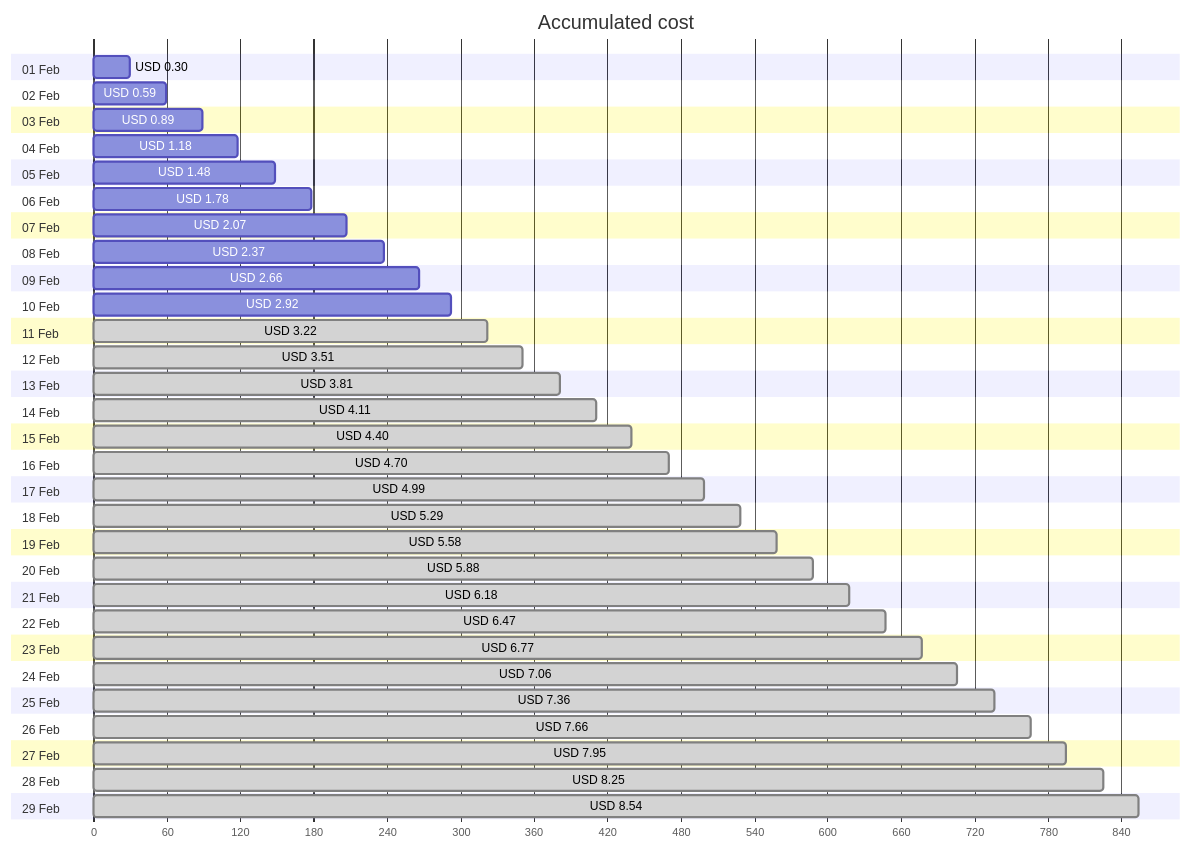
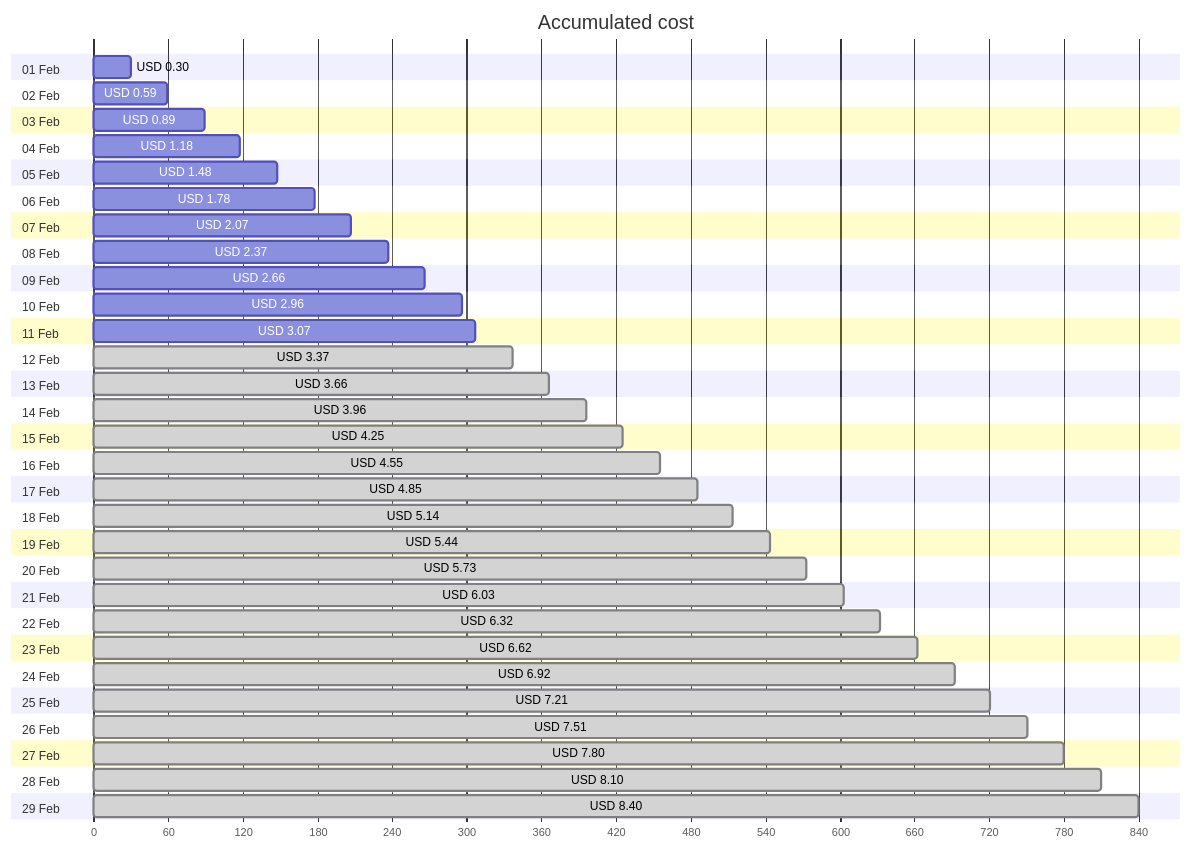
The first of 4 diagrams in cost-reports/personal-site/personal-site-preview.md (jpfulton/azure-personal-reports), drawn with Mermaid before and after one commit. The commit also changed other lines of this file and 6 other files, not shown here.

````diff
--- a/cost-reports/personal-site/personal-site-preview.md
+++ b/cost-reports/personal-site/personal-site-preview.md
@@ -20,64 +20,64 @@
 ```mermaid
 gantt
    title Accumulated cost
    dateFormat  X
    axisFormat %s
    section 01 Feb
    USD 0.30 :0, 30
    section 02 Feb
    USD 0.59 :0, 59
    section 03 Feb
    USD 0.89 :0, 89
    section 04 Feb
    USD 1.18 :0, 118
    section 05 Feb
    USD 1.48 :0, 148
    section 06 Feb
    USD 1.78 :0, 178
    section 07 Feb
    USD 2.07 :0, 207
    section 08 Feb
    USD 2.37 :0, 237
    section 09 Feb
    USD 2.66 :0, 266
    section 10 Feb
-   USD 2.92 :0, 292
+   USD 2.96 :0, 296
    section 11 Feb
-   USD 3.22 : done, 0, 322
+   USD 3.07 :0, 307
    section 12 Feb
-   USD 3.51 : done, 0, 351
+   USD 3.37 : done, 0, 337
    section 13 Feb
-   USD 3.81 : done, 0, 381
+   USD 3.66 : done, 0, 366
    section 14 Feb
-   USD 4.11 : done, 0, 411
+   USD 3.96 : done, 0, 396
    section 15 Feb
-   USD 4.40 : done, 0, 440
+   USD 4.25 : done, 0, 425
    section 16 Feb
-   USD 4.70 : done, 0, 470
+   USD 4.55 : done, 0, 455
    section 17 Feb
-   USD 4.99 : done, 0, 499
+   USD 4.85 : done, 0, 485
    section 18 Feb
-   USD 5.29 : done, 0, 529
+   USD 5.14 : done, 0, 514
    section 19 Feb
-   USD 5.58 : done, 0, 558
+   USD 5.44 : done, 0, 544
    section 20 Feb
-   USD 5.88 : done, 0, 588
+   USD 5.73 : done, 0, 573
    section 21 Feb
-   USD 6.18 : done, 0, 618
+   USD 6.03 : done, 0, 603
    section 22 Feb
-   USD 6.47 : done, 0, 647
+   USD 6.32 : done, 0, 632
    section 23 Feb
-   USD 6.77 : done, 0, 677
+   USD 6.62 : done, 0, 662
    section 24 Feb
-   USD 7.06 : done, 0, 706
+   USD 6.92 : done, 0, 692
    section 25 Feb
-   USD 7.36 : done, 0, 736
+   USD 7.21 : done, 0, 721
    section 26 Feb
-   USD 7.66 : done, 0, 766
+   USD 7.51 : done, 0, 751
    section 27 Feb
-   USD 7.95 : done, 0, 795
+   USD 7.80 : done, 0, 780
    section 28 Feb
-   USD 8.25 : done, 0, 825
+   USD 8.10 : done, 0, 810
    section 29 Feb
-   USD 8.54 : done, 0, 854
+   USD 8.40 : done, 0, 840
 ```
````
